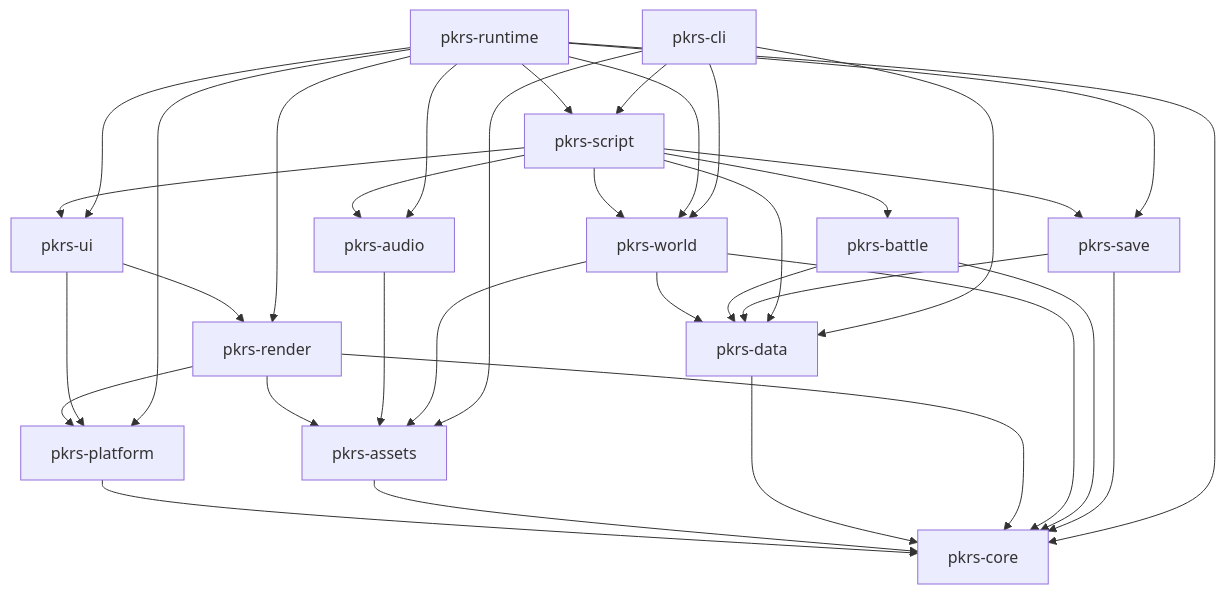
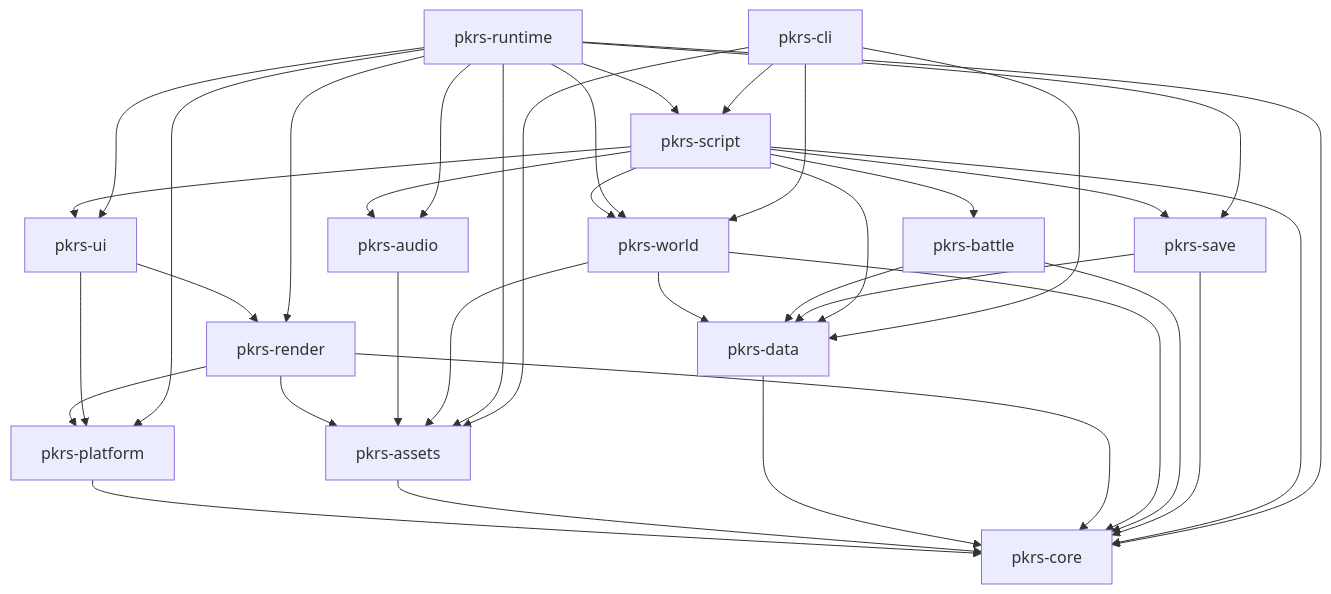
Before and after one commit to umbertocicciaa/pkrs: the third of 5 diagrams in docs/design.md, drawn with Mermaid. The commit also changed other lines of this file and 19 other files, not shown here.

First line of the commit message:
script: mlua runtime with sandbox, per-plugin environments and safety limits (#90)

````diff
--- a/docs/design.md
+++ b/docs/design.md
@@ -359,16 +359,16 @@
 ```mermaid
 flowchart TD
   core[pkrs-core]
   platform[pkrs-platform] --> core
   assets[pkrs-assets] --> core
   data[pkrs-data] --> core
   render[pkrs-render] --> core & platform & assets
   audio[pkrs-audio] --> assets
   world[pkrs-world] --> core & data & assets
   battle[pkrs-battle] --> core & data
   save[pkrs-save] --> core & data
   ui[pkrs-ui] --> render & platform
-  script[pkrs-script] --> world & battle & data & save & ui & audio
-  runtime[pkrs-runtime] --> core & script & render & audio & ui & save & world & platform
+  script[pkrs-script] --> core & world & battle & data & save & ui & audio
+  runtime[pkrs-runtime] --> core & assets & script & render & audio & ui & save & world & platform
   cli[pkrs-cli] --> data & assets & world & script
 ```
````
